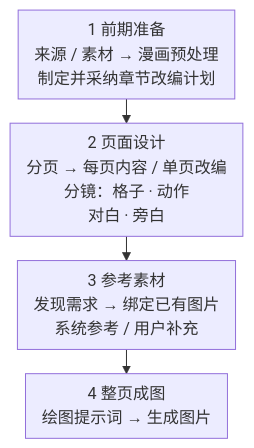
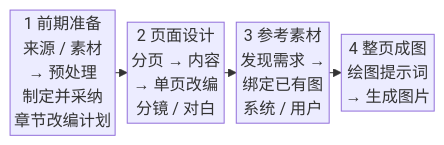
One commit to GTJasonMK/A4N changed the seventh of 18 diagrams in README.md. Above: the diagram before and after it, drawn with Mermaid. The commit also changed other lines of this file and 2 other files, not shown here.

````diff
--- a/README.md
+++ b/README.md
@@ -178,13 +178,13 @@
 ```mermaid
 ---
 config:
-  flowchart: { nodeSpacing: 20, rankSpacing: 24, padding: 8, wrappingWidth: 240 }
+  flowchart: { nodeSpacing: 16, rankSpacing: 12, padding: 2, wrappingWidth: 96 }
 ---
-flowchart TB
+flowchart LR
   accTitle: 漫画从故事来源到整页成图的制作流程
   accDescr: 来源与素材先经过漫画预处理和章节改编计划采纳，再分页并准备每页内容和单页改编，之后制作分镜、发现参考图、编写提示词和生成整页图片。
-  source["1 前期准备<br/>来源 / 素材 → 漫画预处理<br/>制定并采纳章节改编计划"]
-  source --> pages["2 页面设计<br/>分页 → 每页内容 / 单页改编<br/>分镜：格子 · 动作<br/>对白 · 旁白"]
-  pages --> references["3 参考素材<br/>发现需求 → 绑定已有图片<br/>系统参考 / 用户补充"]
-  references --> image["4 整页成图<br/>绘图提示词 → 生成图片"]
+  source["1 前期准备<br/>来源 / 素材<br/>→ 预处理<br/>制定并采纳<br/>章节改编计划"]
+  source --> pages["2 页面设计<br/>分页 → 内容<br/>→ 单页改编<br/>分镜 / 对白"]
+  pages --> references["3 参考素材<br/>发现需求 →<br/>绑定已有图<br/>系统 / 用户"]
+  references --> image["4 整页成图<br/>绘图提示词<br/>→ 生成图片"]
 ```
````
